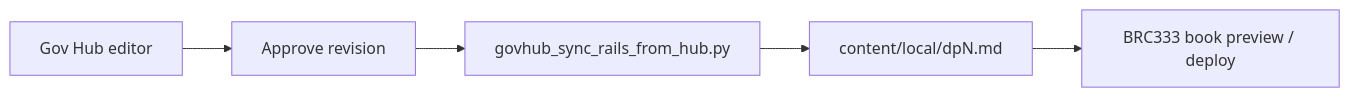
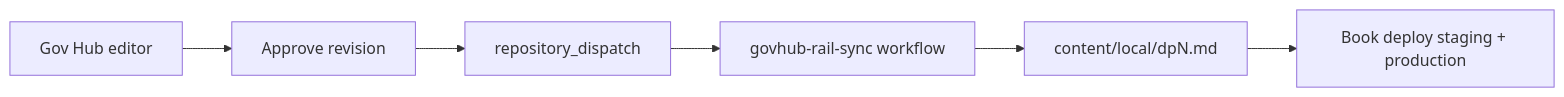
One commit to shiftshapr/desirable-properties changed the diagram in docs/GOVHUB-RAIL-SYNC.md. Above: the diagram before and after it, drawn with Mermaid. The commit also changed other lines of this file and 2 other files, not shown here.

First line of the commit message:
feat: production rail sync with deploy chain and webhook trigger

````diff
--- a/docs/GOVHUB-RAIL-SYNC.md
+++ b/docs/GOVHUB-RAIL-SYNC.md
@@ -168,7 +201,8 @@
 ```mermaid
 flowchart LR
   A[Gov Hub editor] --> B[Approve revision]
-  B --> C[govhub_sync_rails_from_hub.py]
-  C --> D[content/local/dpN.md]
-  D --> E[BRC333 book preview / deploy]
+  B --> C[repository_dispatch]
+  C --> D[govhub-rail-sync workflow]
+  D --> E[content/local/dpN.md]
+  E --> F[Book deploy staging + production]
 ```
````
